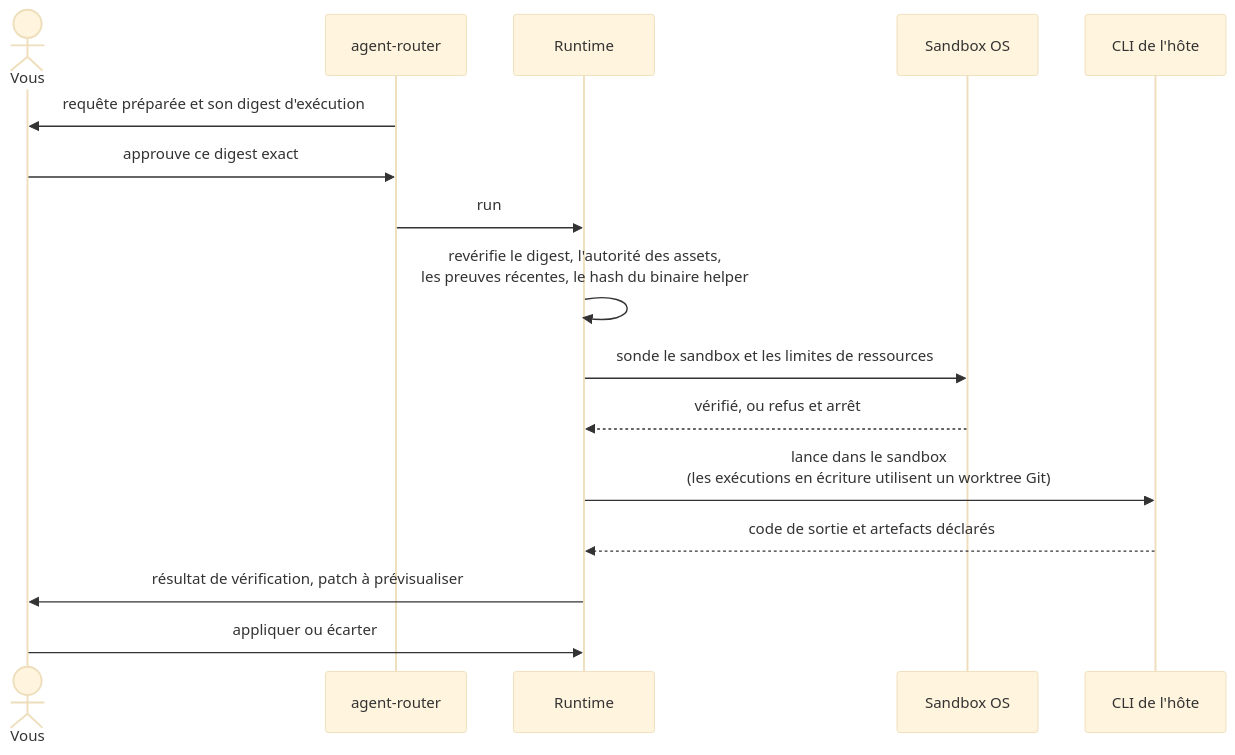
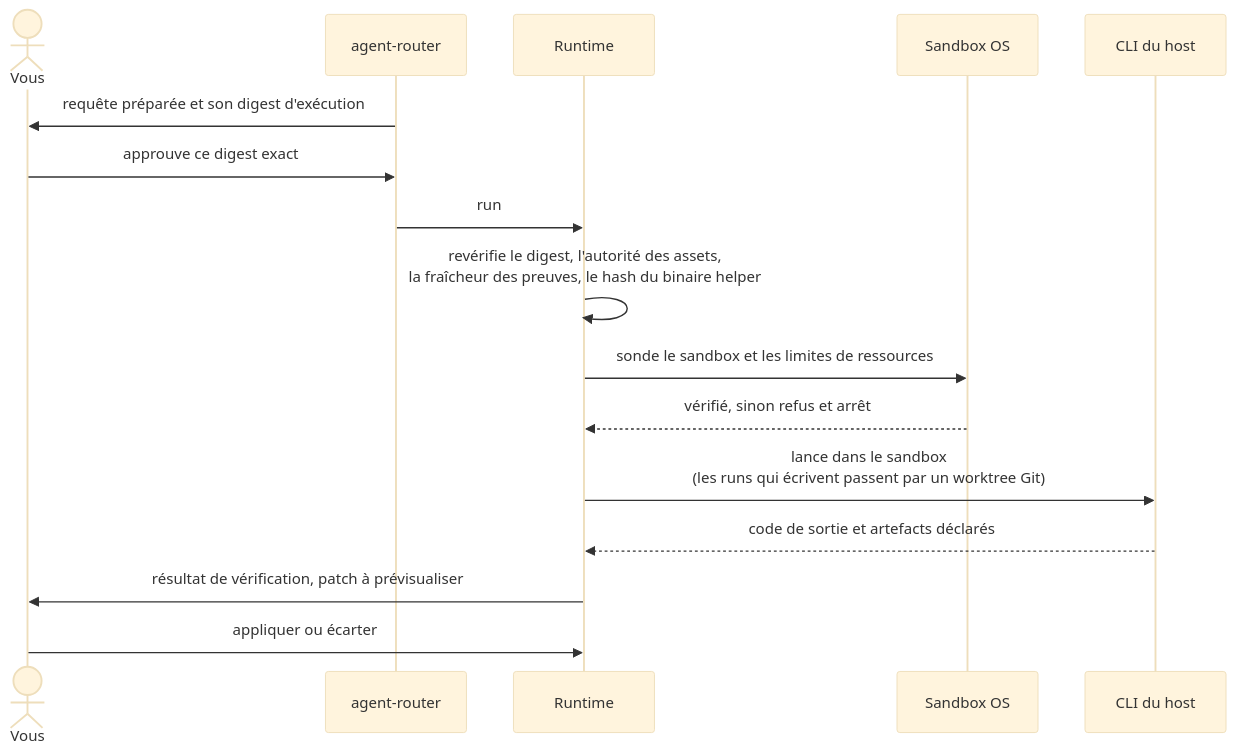
One commit to FlorianBruniaux/agent-router changed the fourth of 4 diagrams in README.fr.md. Above: the diagram before and after it, drawn with Mermaid (base theme). The commit also changed other lines of this file and 5 other files, not shown here.

````diff
--- a/README.fr.md
+++ b/README.fr.md
@@ -327,18 +341,18 @@
 ```mermaid
 sequenceDiagram
     actor U as Vous
     participant CLI as agent-router
     participant RT as Runtime
     participant SB as Sandbox OS
-    participant Host as CLI de l'hôte
+    participant Host as CLI du host
     CLI->>U: requête préparée et son digest d'exécution
     U->>CLI: approuve ce digest exact
     CLI->>RT: run
-    RT->>RT: revérifie le digest, l'autorité des assets,<br/>les preuves récentes, le hash du binaire helper
+    RT->>RT: revérifie le digest, l'autorité des assets,<br/>la fraîcheur des preuves, le hash du binaire helper
     RT->>SB: sonde le sandbox et les limites de ressources
-    SB-->>RT: vérifié, ou refus et arrêt
-    RT->>Host: lance dans le sandbox<br/>(les exécutions en écriture utilisent un worktree Git)
+    SB-->>RT: vérifié, sinon refus et arrêt
+    RT->>Host: lance dans le sandbox<br/>(les runs qui écrivent passent par un worktree Git)
     Host-->>RT: code de sortie et artefacts déclarés
     RT->>U: résultat de vérification, patch à prévisualiser
     U->>RT: appliquer ou écarter
 ```
````
